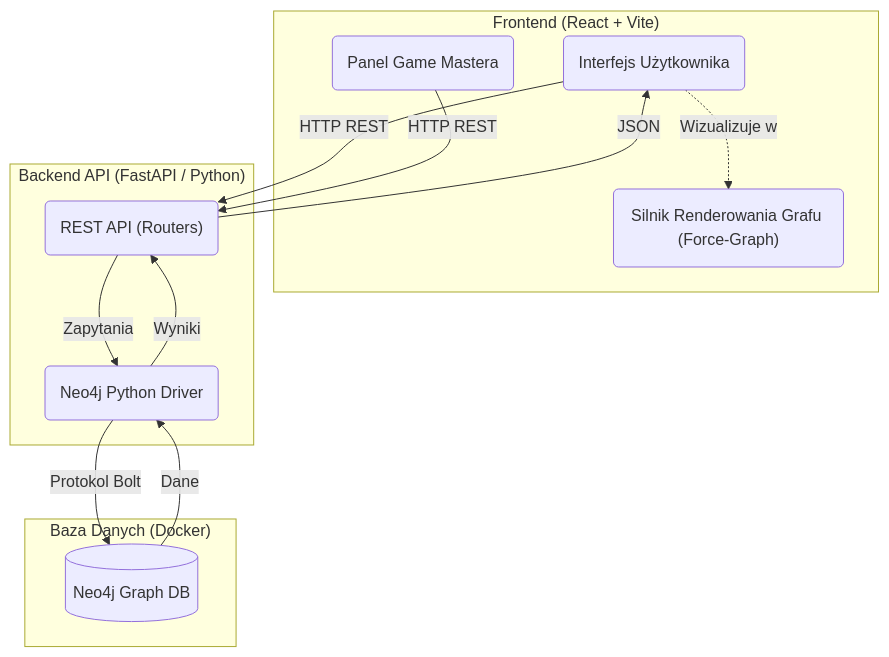
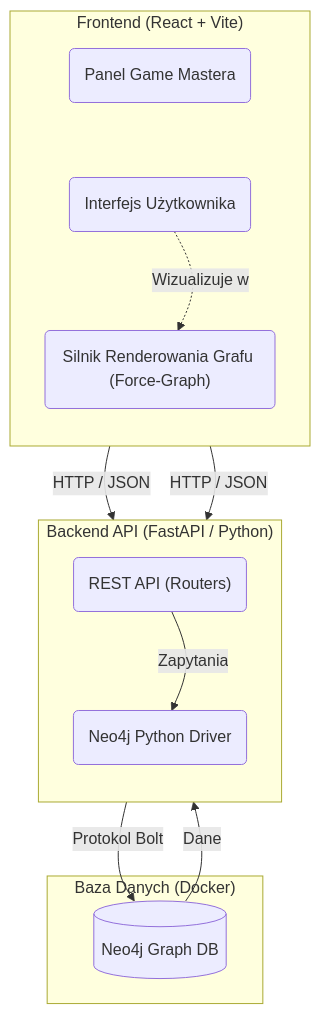
Before and after one commit to kurliko/RPG-graph-project: the second of 3 diagrams in README.md, drawn with Mermaid. The commit also changed other lines of this file, not shown here.

Commit message:
docs(project): refine UML diagrams layout and add complex analysis use case

````diff
--- a/README.md
+++ b/README.md
@@ -160,31 +162,32 @@
 ```mermaid
 flowchart TD
     %% Komponenty
     subgraph Frontend["Frontend (React + Vite)"]
+        direction TB
+        GM_Panel("Panel Game Mastera")
         UI("Interfejs Użytkownika")
-        GM_Panel("Panel Game Mastera")
         Canvas("Silnik Renderowania Grafu (Force-Graph)")
+        GM_Panel ~~~ UI
+        UI ~~~ Canvas
     end
 
     subgraph Backend["Backend API (FastAPI / Python)"]
+        direction TB
         API("REST API (Routers)")
         Neo4j_Driver("Neo4j Python Driver")
+        API ~~~ Neo4j_Driver
     end
 
     subgraph Database["Baza Danych (Docker)"]
         Neo4j[("Neo4j Graph DB")]
     end
 
     %% Połączenia
-    UI -->|HTTP REST| API
-    API -->|JSON| UI
-    
-    GM_Panel -->|HTTP REST| API
+    UI -->|HTTP / JSON| API
+    GM_Panel -->|HTTP / JSON| API
     UI -.->|Wizualizuje w| Canvas
     
     API -->|Zapytania| Neo4j_Driver
-    Neo4j_Driver -->|Wyniki| API
-    
     Neo4j_Driver -->|Protokol Bolt| Neo4j
     Neo4j -->|Dane| Neo4j_Driver
 ```
````
